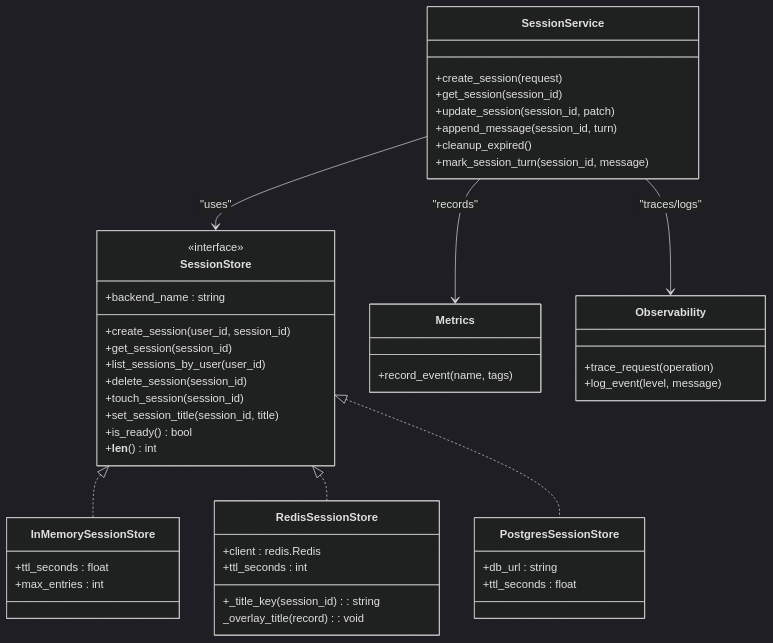
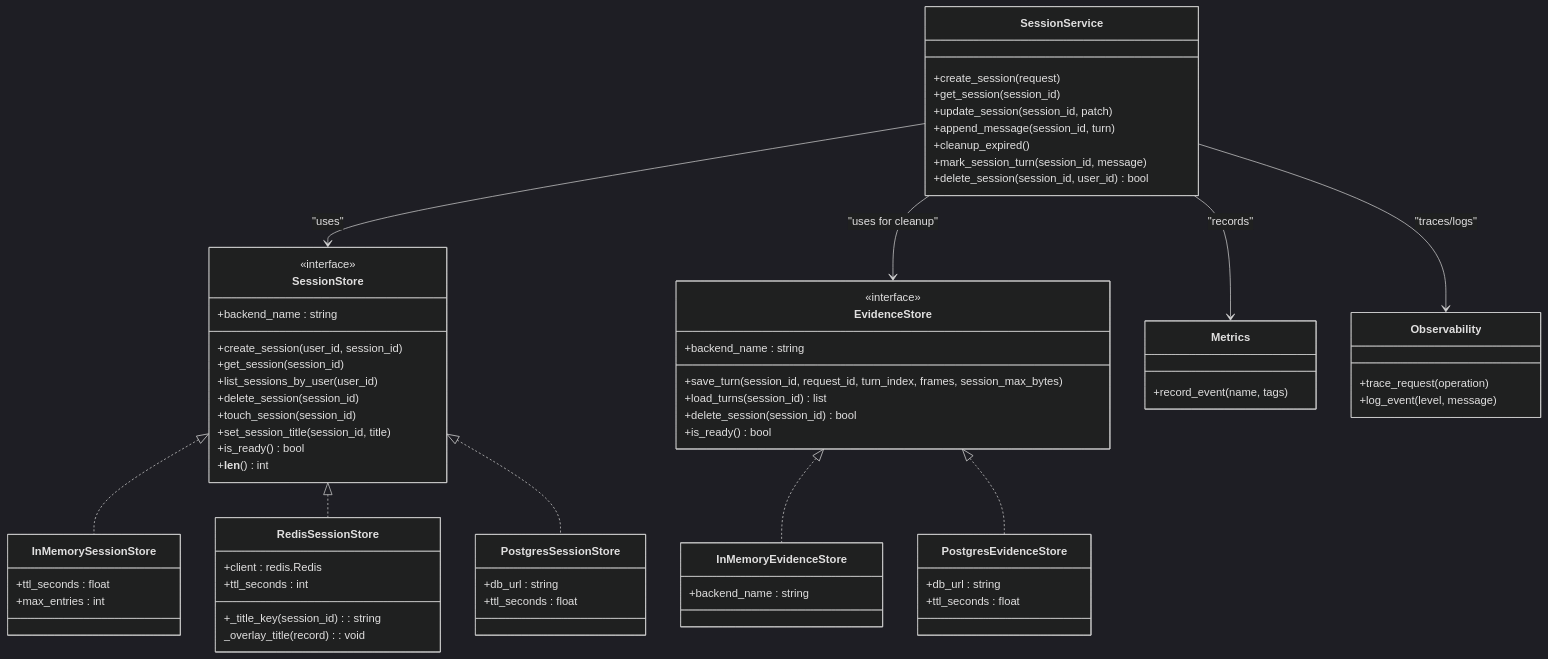
The fifth of 5 diagrams in .qoder/repowiki/en/content/Agent Platform Service/Session Management and State Persistence.md (metasync/luban-aiops), drawn with Mermaid (dark theme) before and after one commit. The commit also changed other lines of this file and 8 other files, not shown here.

````diff
--- a/.qoder/repowiki/en/content/Agent Platform Service/Session Management and State Persistence.md
+++ b/.qoder/repowiki/en/content/Agent Platform Service/Session Management and State Persistence.md
@@ -387,50 +431,69 @@
 ```mermaid
 classDiagram
 class SessionService {
 +create_session(request)
 +get_session(session_id)
 +update_session(session_id, patch)
 +append_message(session_id, turn)
 +cleanup_expired()
 +mark_session_turn(session_id, message)
++delete_session(session_id, user_id) bool
+}
+class EvidenceStore {
+<<interface>>
++backend_name : string
++save_turn(session_id, request_id, turn_index, frames, session_max_bytes)
++load_turns(session_id) list
++delete_session(session_id) bool
++is_ready() bool
 }
 class SessionStore {
 <<interface>>
 +backend_name : string
 +create_session(user_id, session_id)
 +get_session(session_id)
 +list_sessions_by_user(user_id)
 +delete_session(session_id)
 +touch_session(session_id)
 +set_session_title(session_id, title)
 +is_ready() bool
 +__len__() int
 }
 class InMemorySessionStore {
 +ttl_seconds : float
 +max_entries : int
 }
 class RedisSessionStore {
 +client : redis.Redis
 +ttl_seconds : int
 +_title_key(session_id) : string
 _overlay_title(record) : void
 }
 class PostgresSessionStore {
 +db_url : string
 +ttl_seconds : float
 }
+class InMemoryEvidenceStore {
++backend_name : string
+}
+class PostgresEvidenceStore {
++db_url : string
++ttl_seconds : float
+}
 class Metrics {
 +record_event(name, tags)
 }
 class Observability {
 +trace_request(operation)
 +log_event(level, message)
 }
 SessionService --> SessionStore : "uses"
+SessionService --> EvidenceStore : "uses for cleanup"
+EvidenceStore <|.. InMemoryEvidenceStore
+EvidenceStore <|.. PostgresEvidenceStore
 SessionStore <|.. InMemorySessionStore
 SessionStore <|.. RedisSessionStore
 SessionStore <|.. PostgresSessionStore
 SessionService --> Metrics : "records"
 SessionService --> Observability : "traces/logs"
 ```
````
